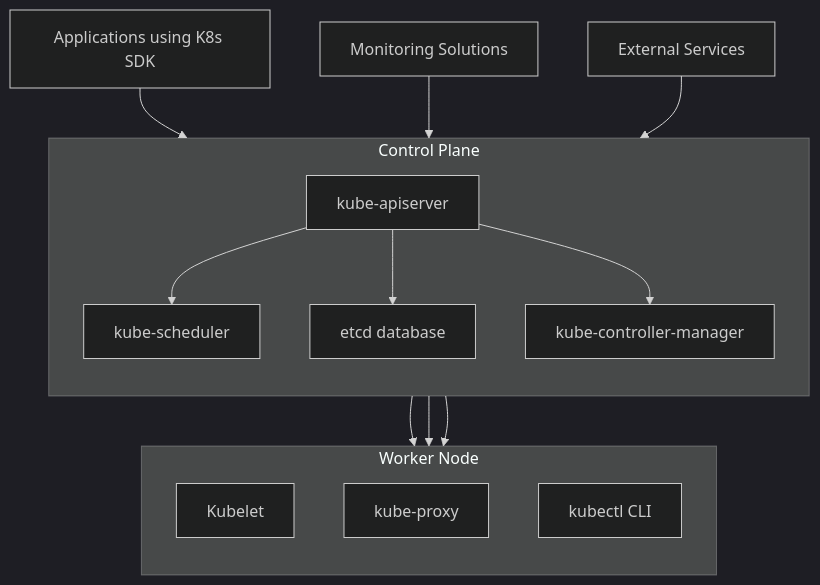
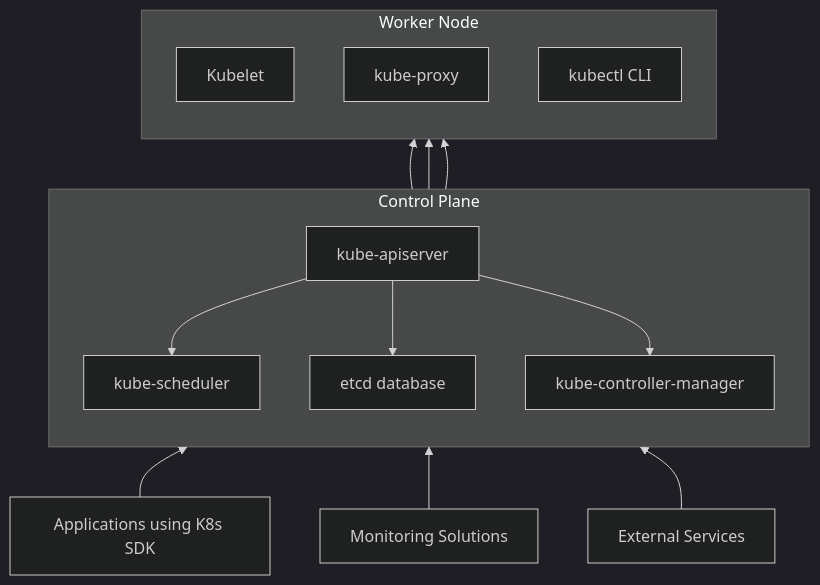
Before and after one commit to 007chiragshah/tucana: the first of 2 diagrams in Architecture_Overview.md, drawn with Mermaid (dark theme).

````diff
--- a/Architecture_Overview.md
+++ b/Architecture_Overview.md
@@ -20,28 +20,28 @@
   ```mermaid 
-  graph TB
+  graph BT
     H[Applications using K8s SDK] --> A
     I[Monitoring Solutions] --> A
     J[External Services] --> A
 
     subgraph "Control Plane"
         direction TB
         A[kube-apiserver]
         B[kube-scheduler]
         C[etcd database]
         D[kube-controller-manager]
     end
 
     subgraph "Worker Node"
         direction TB
         E[Kubelet]
         F[kube-proxy]
         G[kubectl CLI]
     end
 
     A --> B
     A --> C
     A --> D
     A --> E
     A --> F
     A --> G
   ```
````
